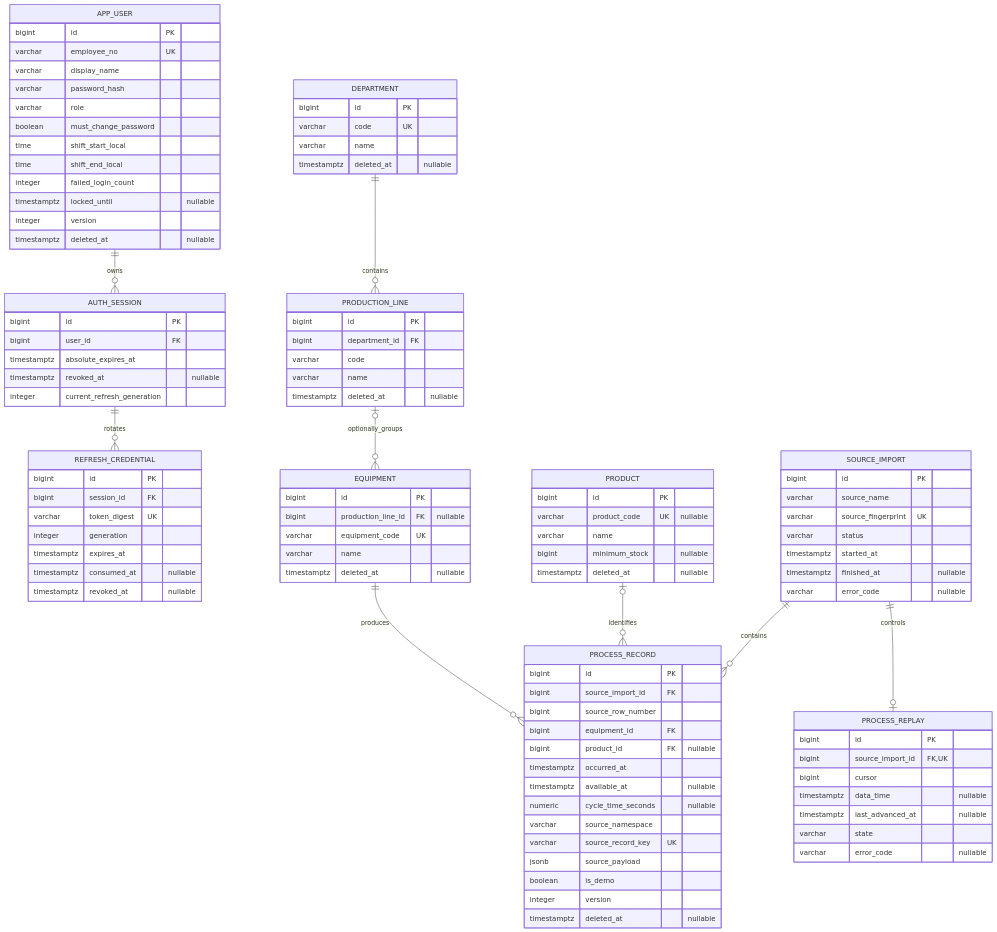
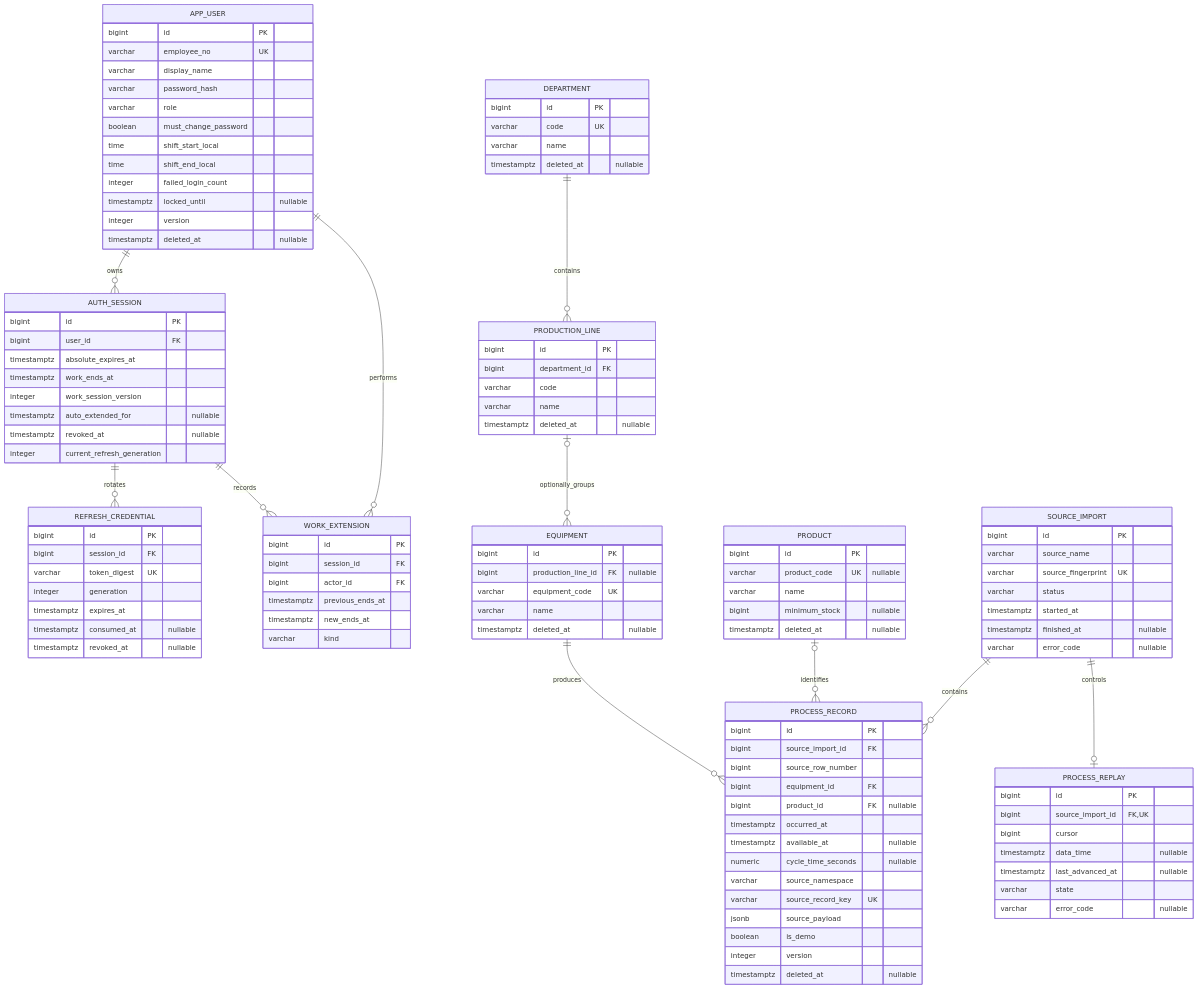
One commit to Hongssi96/sachulbanjang changed the diagram in BE/docs/ERD.md. Above: the diagram before and after it, drawn with Mermaid. The commit also changed other lines of this file and 14 other files, not shown here.

````diff
--- a/BE/docs/ERD.md
+++ b/BE/docs/ERD.md
@@ -24,8 +24,20 @@
         bigint id PK
         bigint user_id FK
         timestamptz absolute_expires_at
+        timestamptz work_ends_at
+        integer work_session_version
+        timestamptz auto_extended_for "nullable"
         timestamptz revoked_at "nullable"
         integer current_refresh_generation
+    }
+
+    WORK_EXTENSION {
+        bigint id PK
+        bigint session_id FK
+        bigint actor_id FK
+        timestamptz previous_ends_at
+        timestamptz new_ends_at
+        varchar kind
     }
 
     REFRESH_CREDENTIAL {
@@ -114,4 +126,6 @@
     PRODUCT o|--o{ PROCESS_RECORD : identifies
     APP_USER ||--o{ AUTH_SESSION : owns
     AUTH_SESSION ||--o{ REFRESH_CREDENTIAL : rotates
+    AUTH_SESSION ||--o{ WORK_EXTENSION : records
+    APP_USER ||--o{ WORK_EXTENSION : performs
 ```
````
